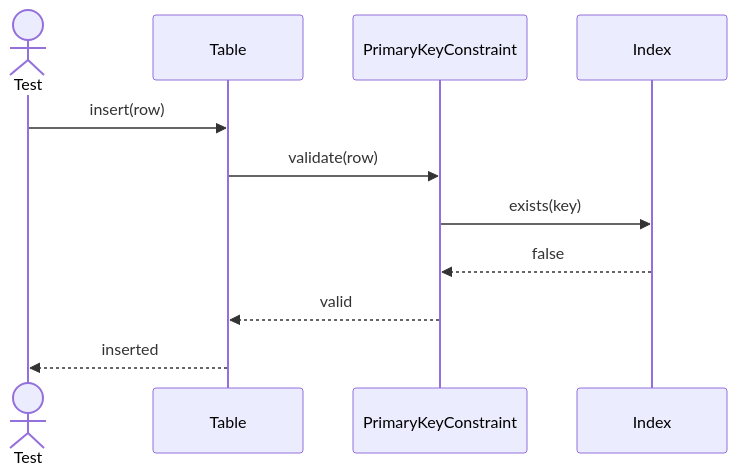
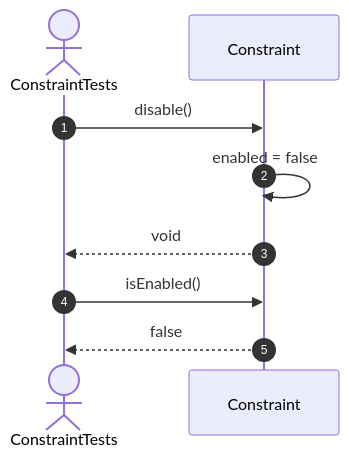
One commit to FhuAnn/-bbv-AN-s-DBMS changed the third of 16 diagrams in src/tests/unit/metadata/sequences/constraint-testing.se.md. Above: the diagram before and after it, drawn with Mermaid. The commit also changed other lines of this file and 60 other files, not shown here.

Commit message:
refactor data table, row, column, constraint, index test file

````diff
--- a/src/tests/unit/metadata/sequences/constraint-testing.se.md
+++ b/src/tests/unit/metadata/sequences/constraint-testing.se.md
@@ -23,19 +38,13 @@
 ```mermaid
 sequenceDiagram
-actor Test
-participant Table
-participant PrimaryKeyConstraint
-participant Index
+    autonumber
+    actor Test as ConstraintTests
+    participant Constraint as Constraint
 
-Test->>Table: insert(row)
+    Test->>Constraint: disable()
+    Constraint->>Constraint: enabled = false
+    Constraint-->>Test: void
 
-Table->>PrimaryKeyConstraint: validate(row)
-
-PrimaryKeyConstraint->>Index: exists(key)
-
-Index-->>PrimaryKeyConstraint: false
-
-PrimaryKeyConstraint-->>Table: valid
-
-Table-->>Test: inserted
+    Test->>Constraint: isEnabled()
+    Constraint-->>Test: false
 ```
````
